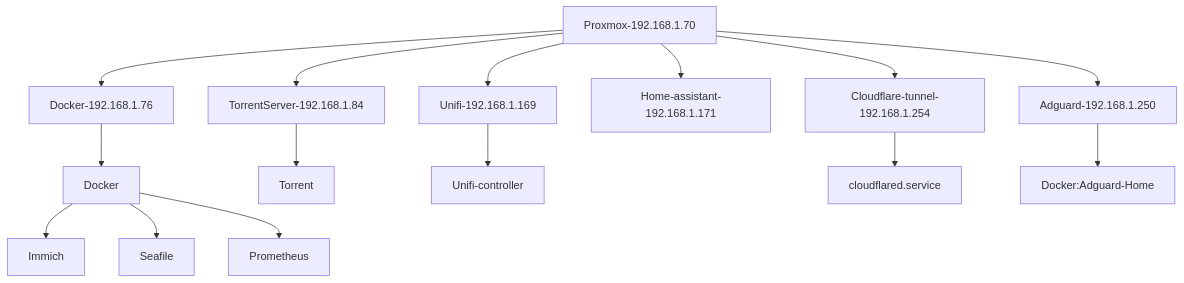
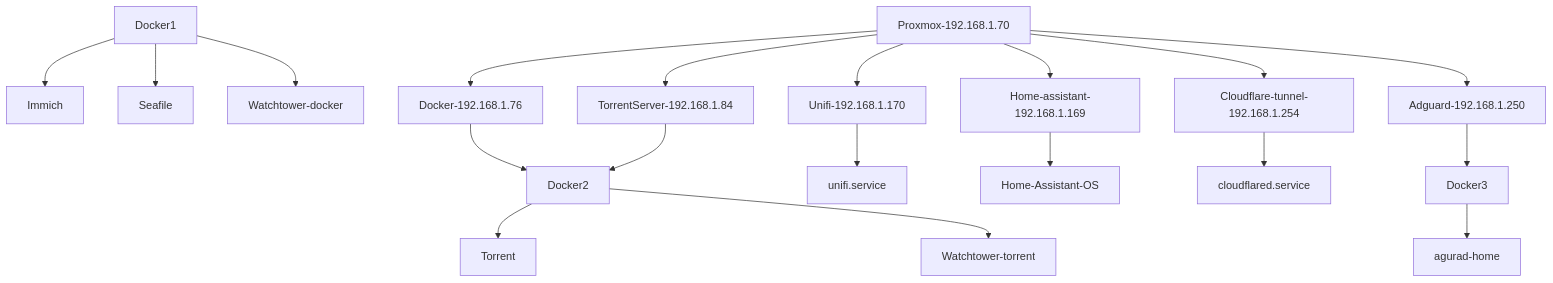
One commit to BenceGyurus/Homelab changed the diagram in diagrams/infra.mmd. Above: the diagram before and after it, drawn with Mermaid.

Commit message:
infra mmd

```diff
--- a/diagrams/infra.mmd
+++ b/diagrams/infra.mmd
@@ -1,20 +1,25 @@
 graph TD;
     Proxmox-192.168.1.70-->Docker-192.168.1.76;
-    Docker-192.168.1.76-->Docker;
-    Docker-->Immich;
-    Docker-->Seafile;
-    Docker-->Prometheus;
+    Docker-192.168.1.76-->Docker2;
+    Docker1-->Immich;
+    Docker1-->Seafile;
+    Docker1-->Watchtower-docker;
     
     Proxmox-192.168.1.70-->TorrentServer-192.168.1.84;
-    TorrentServer-192.168.1.84-->Torrent;
+    TorrentServer-192.168.1.84-->Docker2;
+    Docker2-->Torrent;
+    Docker2-->Watchtower-torrent;
+
     
-    Proxmox-192.168.1.70-->Unifi-192.168.1.169;
-    Unifi-192.168.1.169-->Unifi-controller;
+    Proxmox-192.168.1.70-->Unifi-192.168.1.170;
+    Unifi-192.168.1.170-->unifi.service;
     
-    Proxmox-192.168.1.70-->Home-assistant-192.168.1.171;
+    Proxmox-192.168.1.70-->Home-assistant-192.168.1.169;
+    Home-assistant-192.168.1.169-->Home-Assistant-OS;
 
     Proxmox-192.168.1.70-->Cloudflare-tunnel-192.168.1.254;
     Cloudflare-tunnel-192.168.1.254-->cloudflared.service;
     
     Proxmox-192.168.1.70-->Adguard-192.168.1.250;
-    Adguard-192.168.1.250-->Docker:Adguard-Home;
+    Adguard-192.168.1.250-->Docker3;
+    Docker3-->agurad-home;
```
